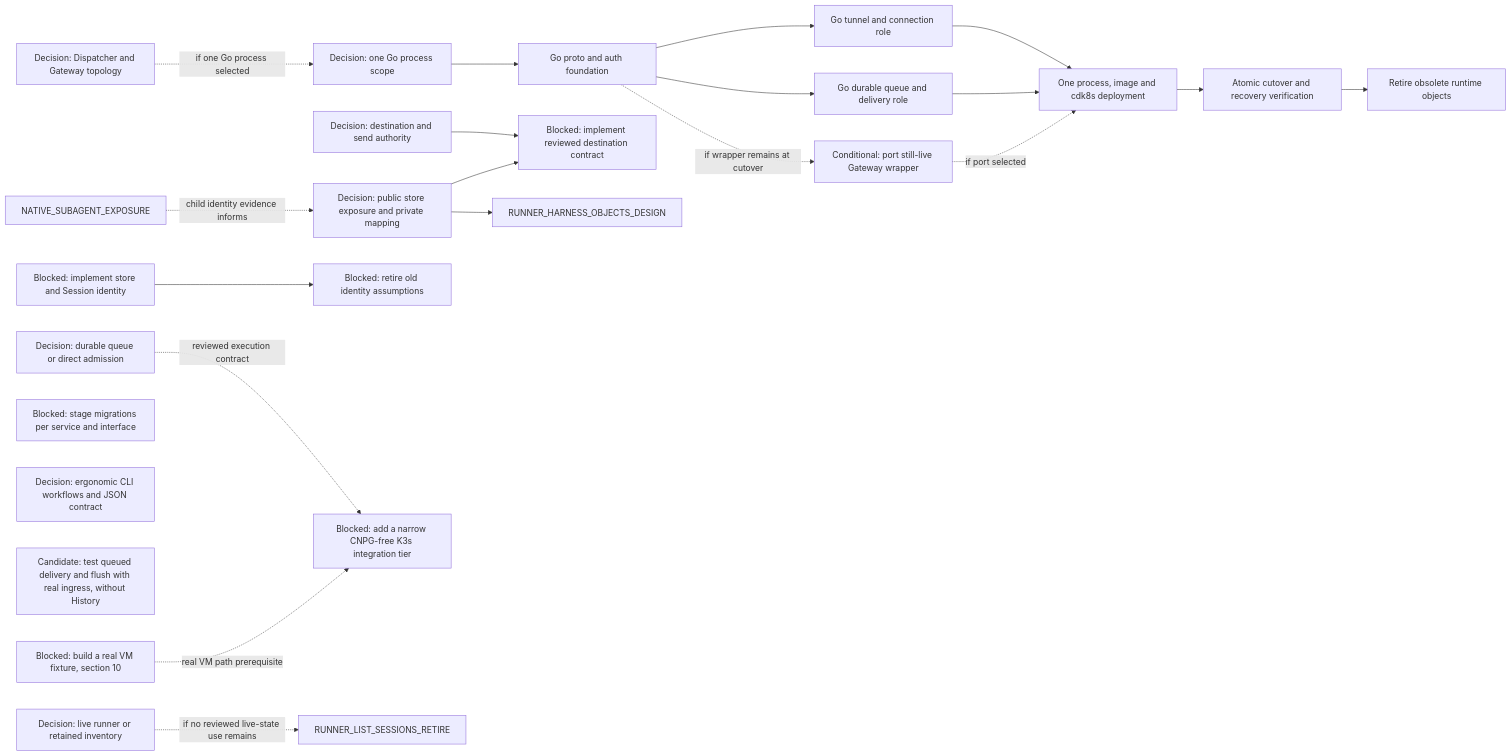
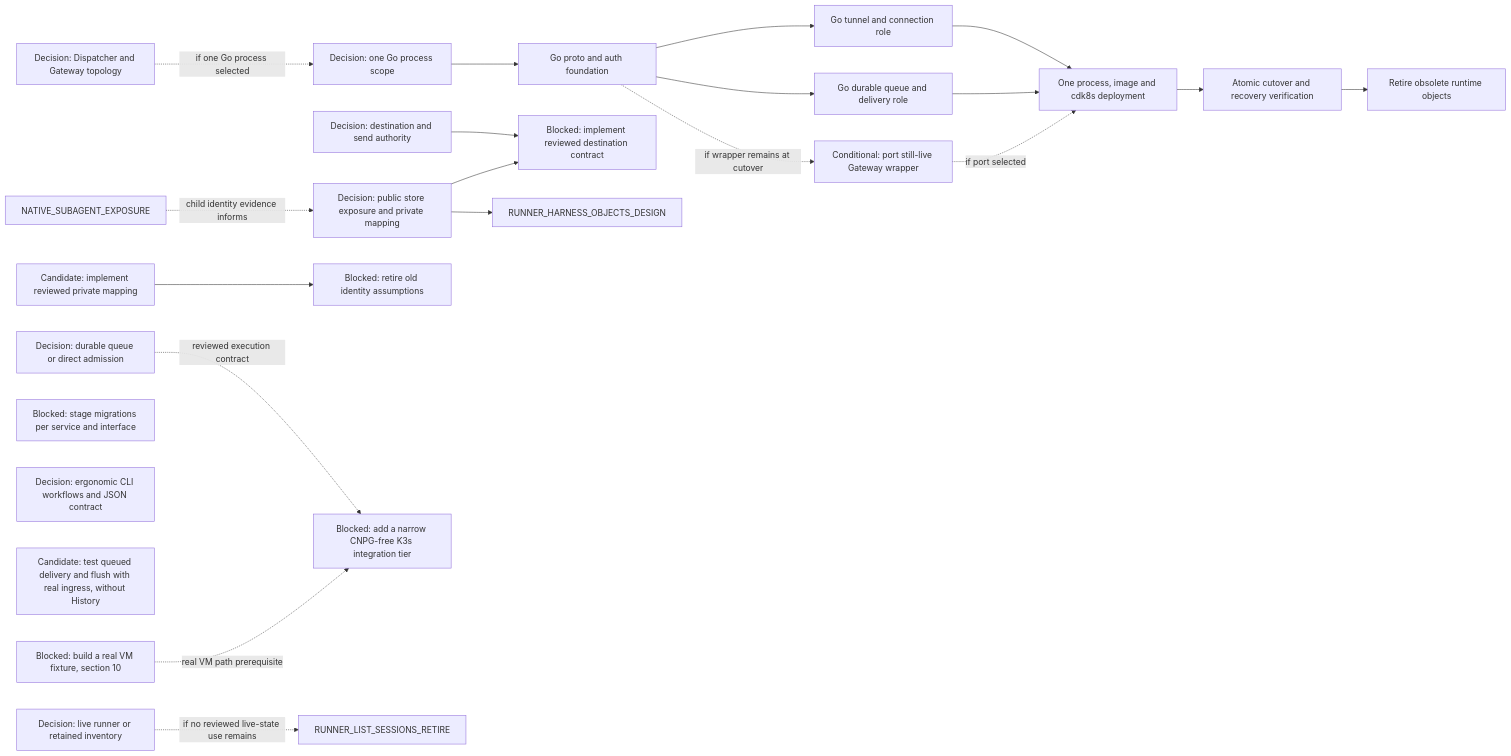
Before and after one commit to agentydragon/ducktape: diagram 17 of 17 in agentplane/plans/task_dag.md, drawn with Mermaid. The commit also changed other lines of this file, not shown here.

Commit message:
docs(agentplane): keep private mapping review independent

````diff
--- a/agentplane/plans/task_dag.md
+++ b/agentplane/plans/task_dag.md
@@ -1497,42 +1497,42 @@
 ```mermaid
 flowchart LR
     DISPATCHER_PERSISTENCE_MODEL_DESIGN[Decision: durable queue or direct admission]
     DISPATCHER_GATEWAY_TOPOLOGY_DESIGN[Decision: Dispatcher and Gateway topology]
     DELIVERY_UNIFICATION_SCOPE_DECISION[Decision: one Go process scope]
     DELIVERY_GO_PROTOCOL_AUTH[Go proto and auth foundation]
     DELIVERY_GO_GATEWAY[Go tunnel and connection role]
     DELIVERY_GO_DISPATCHER[Go durable queue and delivery role]
     DELIVERY_GO_LEGACY_WRAPPER[Conditional: port still-live Gateway wrapper]
     DELIVERY_GO_INTEGRATION[One process, image and cdk8s deployment]
     DELIVERY_UNIFIED_CUTOVER[Atomic cutover and recovery verification]
     DELIVERY_OLD_RUNTIME_RETIRE[Retire obsolete runtime objects]
     RUNNER_INVENTORY_AUTHORITY_DESIGN[Decision: live runner or retained inventory]
     DELIVERY_DESTINATION_AUTHORITY_DESIGN[Decision: destination and send authority]
     DELIVERY_DESTINATION_CONTRACT[Blocked: implement reviewed destination contract]
     HARNESS_IDENTITY_DESIGN[Decision: public store exposure and private mapping]
-    RUNNER_STORE_SESSION_IDENTITY[Blocked: implement store and Session identity]
+    RUNNER_STORE_SESSION_IDENTITY[Candidate: implement reviewed private mapping]
     RUNNER_IDENTITY_LEGACY_CLEANUP[Blocked: retire old identity assumptions]
     SERVICE_API_TRANSPORT_MIGRATIONS[Blocked: stage migrations per service and interface]
     AGENT_API_TOOLING_DESIGN[Decision: ergonomic CLI workflows and JSON contract]
     RUNNER_DELIVERY_INGRESS_ACCEPTANCE[Candidate: test queued delivery and flush with real ingress, without History]
     CNPG_FREE_K3S_INTEGRATION_TIER[Blocked: add a narrow CNPG-free K3s integration tier]
     K3S_VM_IMAGE[Blocked: build a real VM fixture, section 10]
     DISPATCHER_GATEWAY_TOPOLOGY_DESIGN -. if one Go process selected .-> DELIVERY_UNIFICATION_SCOPE_DECISION
     DELIVERY_UNIFICATION_SCOPE_DECISION --> DELIVERY_GO_PROTOCOL_AUTH
     DELIVERY_GO_PROTOCOL_AUTH --> DELIVERY_GO_GATEWAY
     DELIVERY_GO_PROTOCOL_AUTH --> DELIVERY_GO_DISPATCHER
     DELIVERY_GO_PROTOCOL_AUTH -. if wrapper remains at cutover .-> DELIVERY_GO_LEGACY_WRAPPER
     DELIVERY_GO_GATEWAY --> DELIVERY_GO_INTEGRATION
     DELIVERY_GO_DISPATCHER --> DELIVERY_GO_INTEGRATION
     DELIVERY_GO_LEGACY_WRAPPER -. if port selected .-> DELIVERY_GO_INTEGRATION
     DELIVERY_GO_INTEGRATION --> DELIVERY_UNIFIED_CUTOVER
     DELIVERY_UNIFIED_CUTOVER --> DELIVERY_OLD_RUNTIME_RETIRE
     RUNNER_INVENTORY_AUTHORITY_DESIGN -. if no reviewed live-state use remains .-> RUNNER_LIST_SESSIONS_RETIRE
     DELIVERY_DESTINATION_AUTHORITY_DESIGN --> DELIVERY_DESTINATION_CONTRACT
     HARNESS_IDENTITY_DESIGN --> DELIVERY_DESTINATION_CONTRACT
     RUNNER_STORE_SESSION_IDENTITY --> RUNNER_IDENTITY_LEGACY_CLEANUP
     NATIVE_SUBAGENT_EXPOSURE -. child identity evidence informs .-> HARNESS_IDENTITY_DESIGN
     HARNESS_IDENTITY_DESIGN --> RUNNER_HARNESS_OBJECTS_DESIGN
     DISPATCHER_PERSISTENCE_MODEL_DESIGN -. reviewed execution contract .-> CNPG_FREE_K3S_INTEGRATION_TIER
     K3S_VM_IMAGE -. real VM path prerequisite .-> CNPG_FREE_K3S_INTEGRATION_TIER
 ```
````
